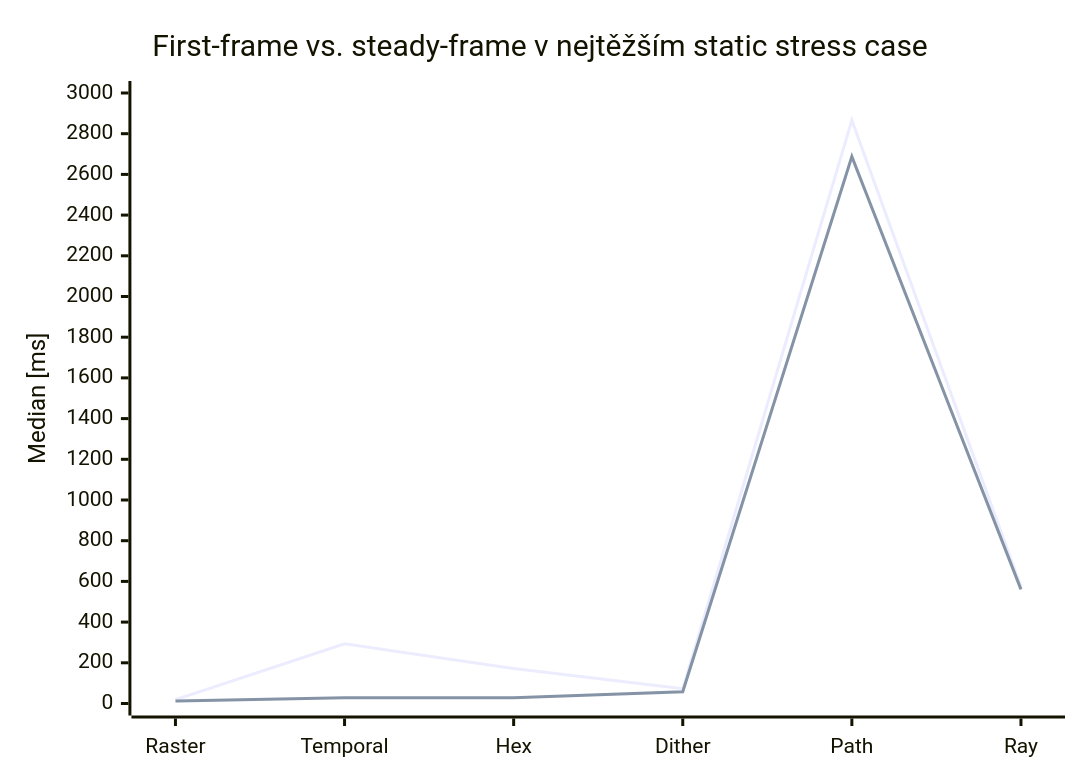
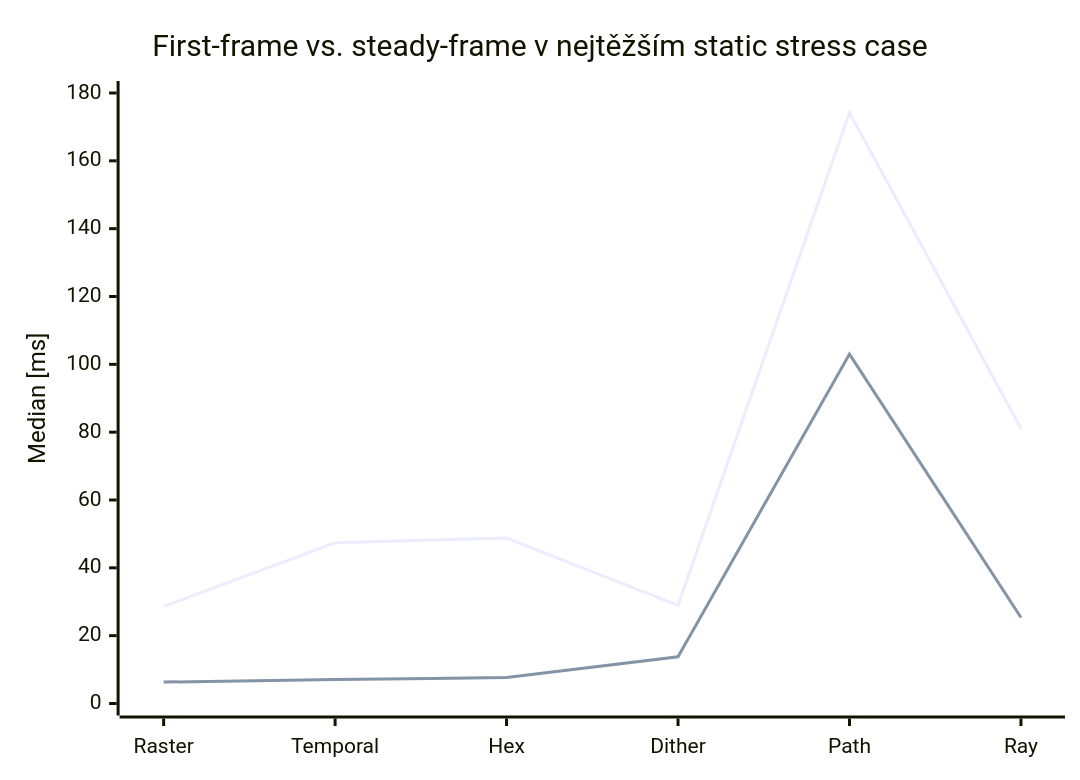
Before and after one commit to Esperosa/3D-Renderer-Josefina---PGR2: the third of 13 diagrams in README.md, drawn with Mermaid. The commit also changed other lines of this file and 17 other files, not shown here.

````diff
--- a/README.md
+++ b/README.md
@@ -311,8 +317,8 @@
 ```mermaid
 xychart-beta
   title "First-frame vs. steady-frame v nejtěžším static stress case"
   x-axis ["Raster", "Temporal", "Hex", "Dither", "Path", "Ray"]
-  y-axis "Median [ms]" 0 --> 3000
-  line "First-frame" [18.73, 293.02, 171.64, 72.69, 2865.78, 574.12]
-  line "Steady-frame" [12.43, 27.65, 28.51, 57.99, 2687.38, 561.02]
+  y-axis "Median [ms]" 0 --> 180
+  line "First-frame" [28.61, 47.40, 48.79, 28.94, 174.20, 81.10]
+  line "Steady-frame" [6.31, 7.05, 7.65, 13.79, 103.01, 25.37]
 ```
````
